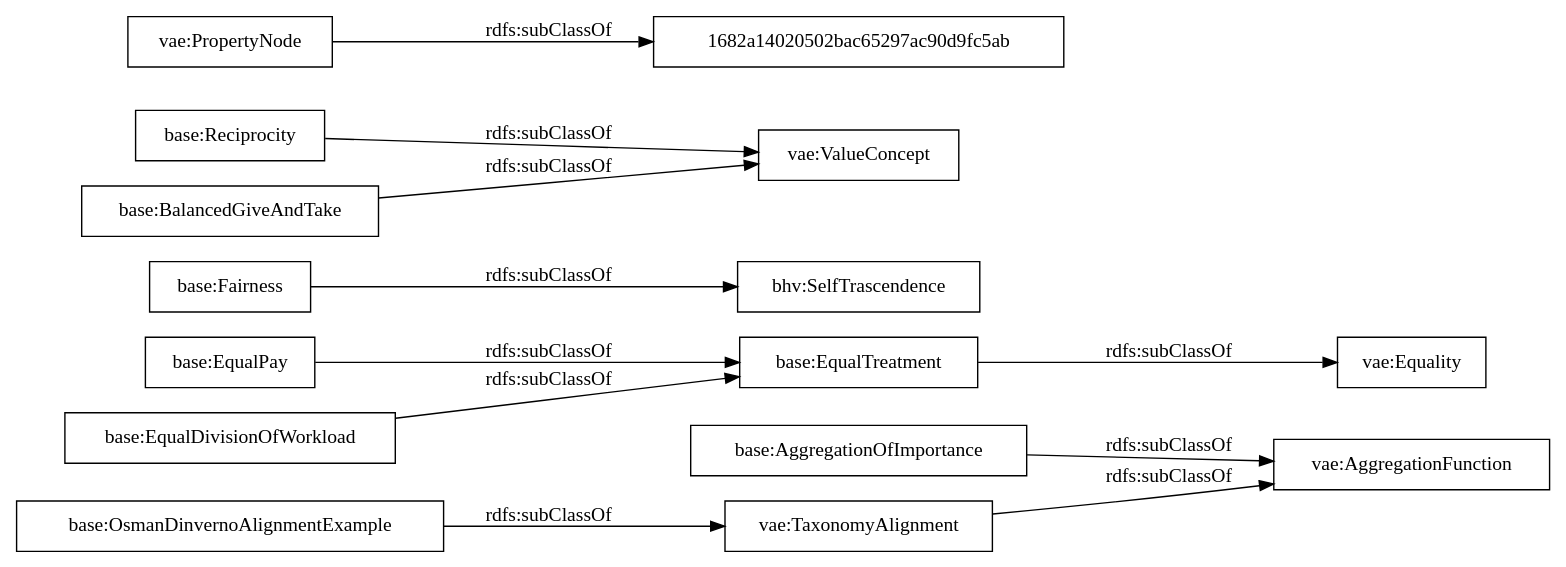
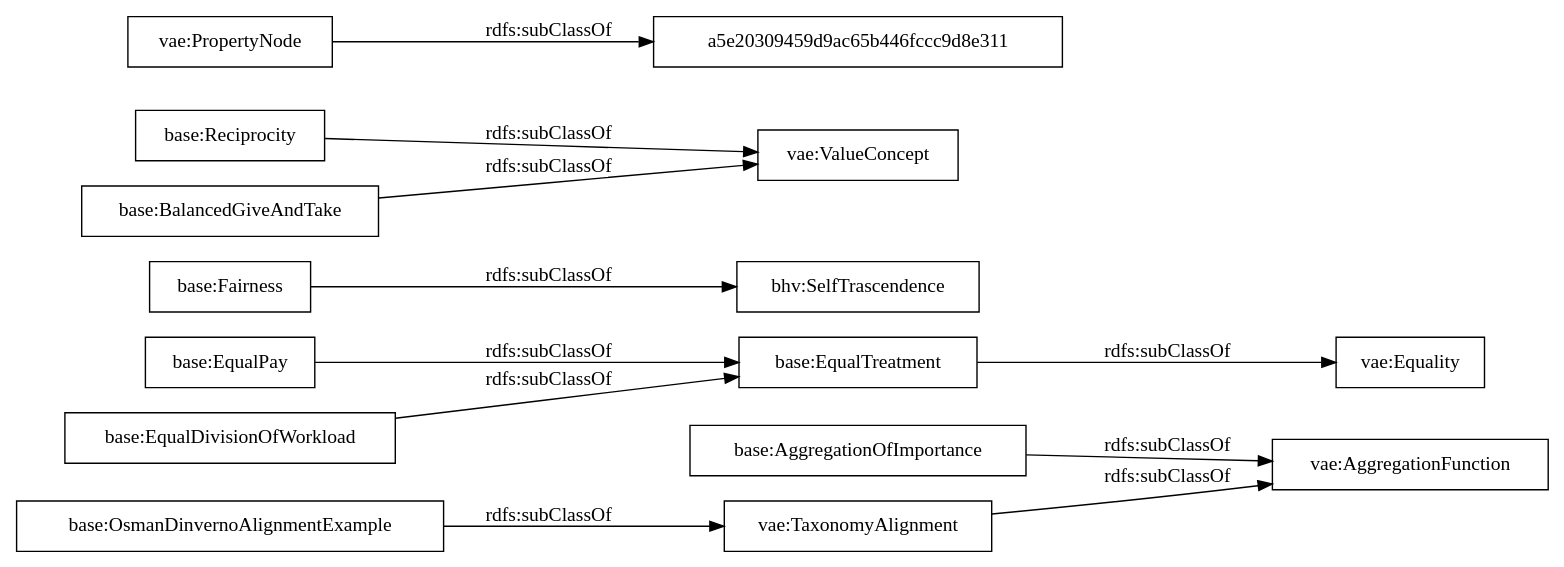
Before and after one commit to andresh26-uam/vae-ontology: the diagram in OnToology/cases/OsmanAndDInverno2023/OsmanAndDInverno.ttl/diagrams/ar2dtool-taxonomy/OsmanAndDInverno.ttl.png.dot, drawn with Graphviz. The commit also changed 46 other files, not shown here.

```diff
--- a/OnToology/cases/OsmanAndDInverno2023/OsmanAndDInverno.ttl/diagrams/ar2dtool-taxonomy/OsmanAndDInverno.ttl.png.dot
+++ b/OnToology/cases/OsmanAndDInverno2023/OsmanAndDInverno.ttl/diagrams/ar2dtool-taxonomy/OsmanAndDInverno.ttl.png.dot
@@ -1,16 +1,16 @@
 digraph ar2dtool_diagram { 
 rankdir=LR;
 size="1000"
-node [shape = rectangle, color="black"]; "base:AggregationOfImportance" "base:EqualPay" "base:OsmanDinvernoAlignmentExample" "base:Fairness" "base:Reciprocity" "1682a14020502bac65297ac90d9fc5ab" "base:EqualDivisionOfWorkload" "base:BalancedGiveAndTake" "base:EqualTreatment" ; /*classes style*/
+node [shape = rectangle, color="black"]; "base:AggregationOfImportance" "base:EqualPay" "base:OsmanDinvernoAlignmentExample" "base:Fairness" "base:Reciprocity" "base:EqualDivisionOfWorkload" "base:BalancedGiveAndTake" "base:EqualTreatment" "a5e20309459d9ac65b446fccc9d8e311" ; /*classes style*/
 	"base:EqualPay" -> "base:EqualTreatment" [ label = "rdfs:subClassOf" ];
 	"base:EqualDivisionOfWorkload" -> "base:EqualTreatment" [ label = "rdfs:subClassOf" ];
 	"base:AggregationOfImportance" -> "vae:AggregationFunction" [ label = "rdfs:subClassOf" ];
 	"base:Reciprocity" -> "vae:ValueConcept" [ label = "rdfs:subClassOf" ];
-	"vae:PropertyNode" -> "1682a14020502bac65297ac90d9fc5ab" [ label = "rdfs:subClassOf" ];
+	"vae:PropertyNode" -> "a5e20309459d9ac65b446fccc9d8e311" [ label = "rdfs:subClassOf" ];
 	"base:BalancedGiveAndTake" -> "vae:ValueConcept" [ label = "rdfs:subClassOf" ];
 	"base:EqualTreatment" -> "vae:Equality" [ label = "rdfs:subClassOf" ];
 	"base:OsmanDinvernoAlignmentExample" -> "vae:TaxonomyAlignment" [ label = "rdfs:subClassOf" ];
 	"base:Fairness" -> "bhv:SelfTrascendence" [ label = "rdfs:subClassOf" ];
 	"vae:TaxonomyAlignment" -> "vae:AggregationFunction" [ label = "rdfs:subClassOf" ];
 
 }
```
